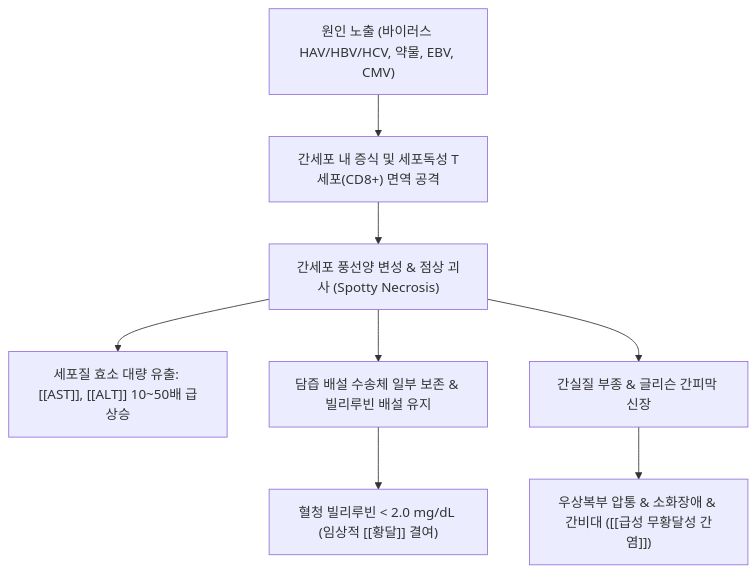
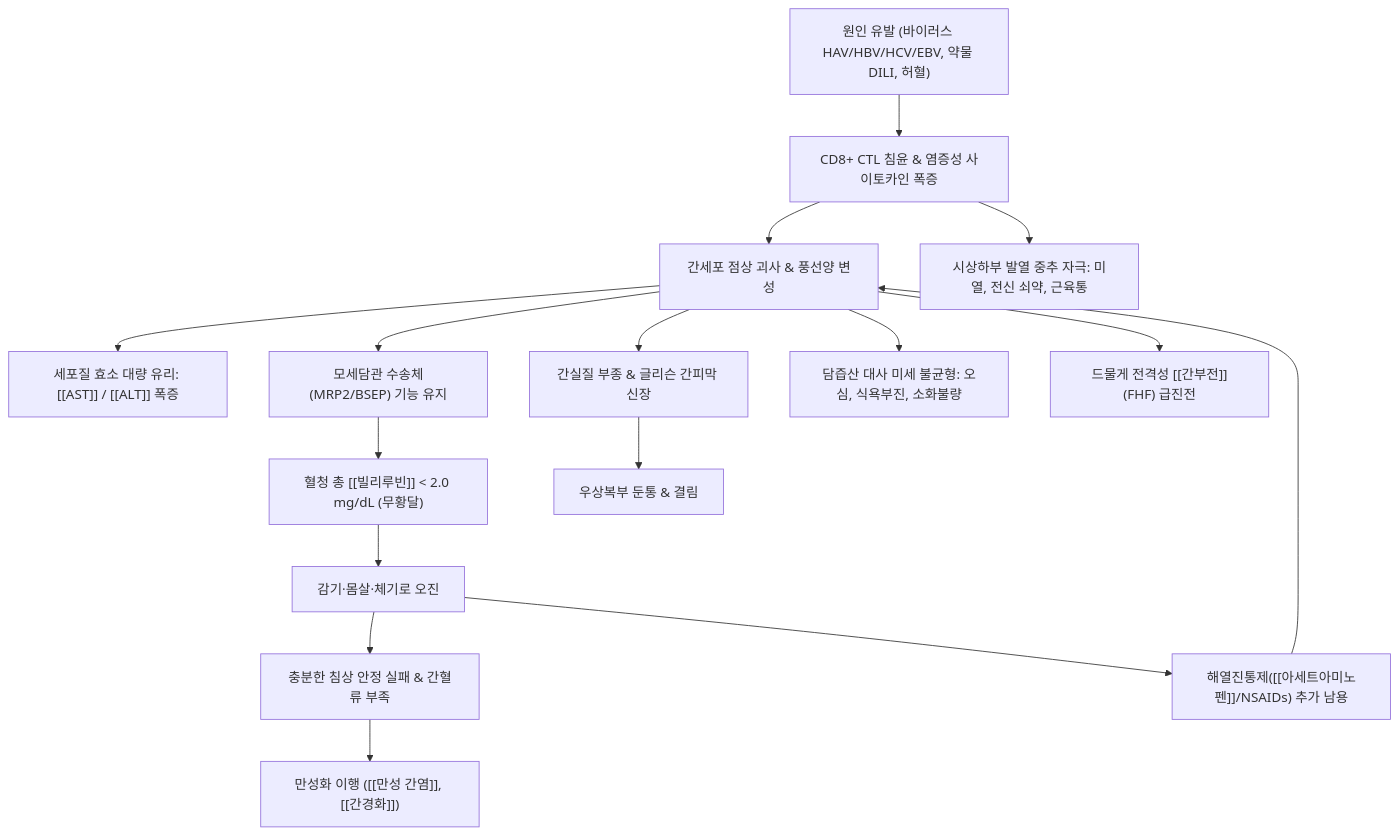
The diagram in content/3. 이론 공부/질환/간 질환/간염/급성 무황달성 간염.md (simbio11/simbio-digital-garden2), drawn with Mermaid before and after one commit. The commit also changed other lines of this file and 147 other files, not shown here.

````diff
--- a/content/3. 이론 공부/질환/간 질환/간염/급성 무황달성 간염.md
+++ b/content/3. 이론 공부/질환/간 질환/간염/급성 무황달성 간염.md
@@ -63,10 +121,18 @@
 ```mermaid
 graph TD
-    Infection["원인 노출 (바이러스 HAV/HBV/HCV, 약물, EBV, CMV)"] --> ImmuneResp["간세포 내 증식 및 세포독성 T세포(CD8+) 면역 공격"]
-    ImmuneResp --> Necrosis["간세포 풍선양 변성 & 점상 괴사 (Spotty Necrosis)"]
-    Necrosis --> EnzymeLeak["세포질 효소 대량 유출: [[AST]], [[ALT]] 10~50배 급상승"]
-    Necrosis --> PreservedBile["담즙 배설 수송체 일부 보존 & 빌리루빈 배설 유지"]
-    PreservedBile --> Anicteric["혈청 빌리루빈 < 2.0 mg/dL (임상적 [[황달]] 결여)"]
-    Necrosis --> CapsuleStretch["간실질 부종 & 글리슨 간피막 신장"]
-    CapsuleStretch --> Pain["우상복부 압통 & 소화장애 & 간비대 ([[급성 무황달성 간염]])"]
+    Trigger["원인 유발 (바이러스 HAV/HBV/HCV/EBV, 약물 DILI, 허혈)"] --> Immune["CD8+ CTL 침윤 & 염증성 사이토카인 폭증"]
+    Immune --> Necrosis["간세포 점상 괴사 & 풍선양 변성"]
+    Necrosis --> Leakage["세포질 효소 대량 유리: [[AST]] / [[ALT]] 폭증"]
+    Necrosis --> PreservedCanal["모세담관 수송체(MRP2/BSEP) 기능 유지"]
+    PreservedCanal --> NoJaundice["혈청 총 [[빌리루빈]] < 2.0 mg/dL (무황달)"]
+    Necrosis --> Edema["간실질 부종 & 글리슨 간피막 신장"]
+    Edema --> CapsularPain["우상복부 둔통 & 결림"]
+    Immune --> SystemicSymptom["시상하부 발열 중추 자극: 미열, 전신 쇠약, 근육통"]
+    Necrosis --> Dyspepsia["담즙산 대사 미세 불균형: 오심, 식욕부진, 소화불량"]
+    NoJaundice --> Misdiag["감기·몸살·체기로 오진"]
+    Misdiag --> RestFail["충분한 침상 안정 실패 & 간혈류 부족"]
+    Misdiag --> HarmfulDrugs["해열진통제([[아세트아미노펜]]/NSAIDs) 추가 남용"]
+    HarmfulDrugs --> Necrosis
+    RestFail --> ChronicProgression["만성화 이행 ([[만성 간염]], [[간경화]])"]
+    Necrosis --> LiverFailure["드물게 전격성 [[간부전]](FHF) 급진전"]
 ```
````
